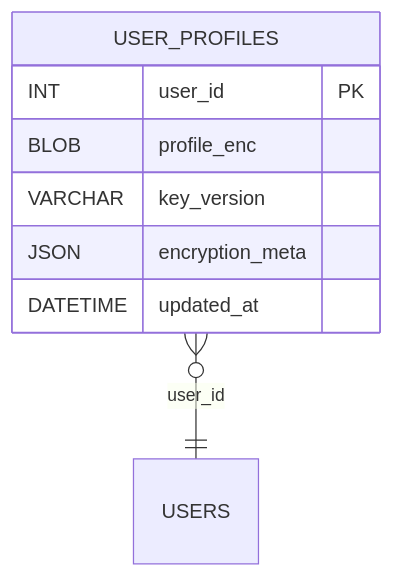
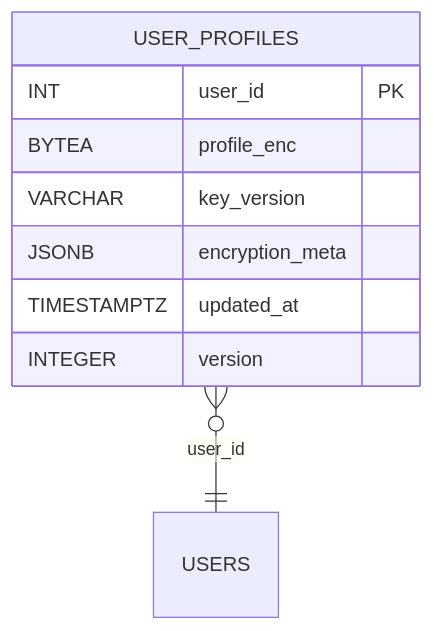
Before and after one commit to blackcatdatabase/table-user-profiles: the diagram in README.md, drawn with Mermaid. The commit also changed other lines of this file and 26 other files, not shown here.

First line of the commit message:
Regen schema (#1)

````diff
--- a/README.md
+++ b/README.md
@@ -51,11 +52,12 @@
 ```mermaid
 erDiagram
   USER_PROFILES {
     INT user_id PK
-    BLOB profile_enc
+    BYTEA profile_enc
     VARCHAR key_version
-    JSON encryption_meta
-    DATETIME updated_at
+    JSONB encryption_meta
+    TIMESTAMPTZ updated_at
+    INTEGER version
   }
   USER_PROFILES }o--|| USERS : "user_id"
 ```
````
